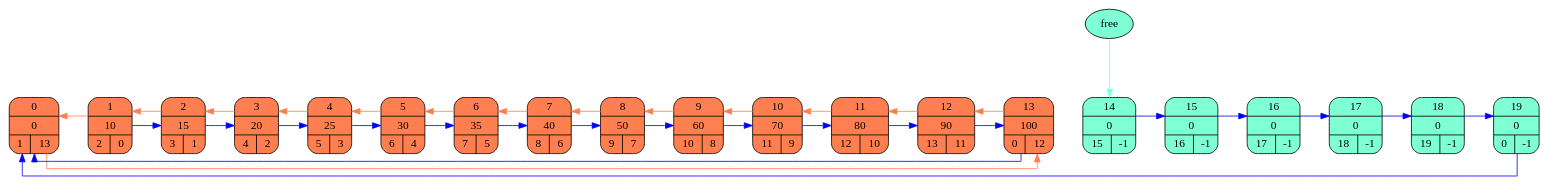
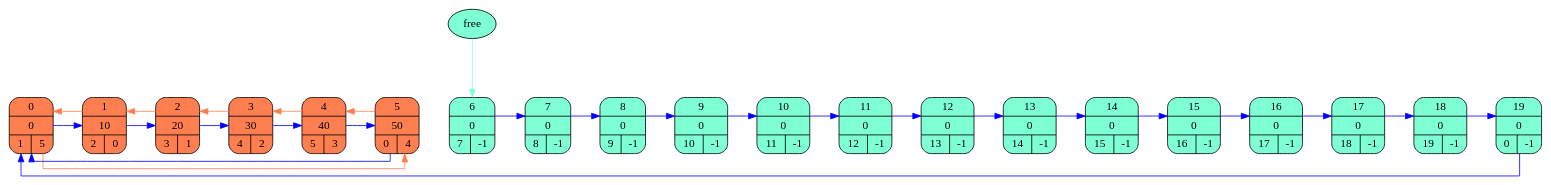
One commit to lizz-kuzz/list changed the diagram in res/graph.dot. Above: the diagram before and after it, drawn with Graphviz. The commit also changed 26 other files, not shown here.

```diff
--- a/res/graph.dot
+++ b/res/graph.dot
@@ -1,86 +1,79 @@
 digraph {
 	
 nodesep = 1
 	splines = ortho
 	node [shape=Mrecord]
 	rankdir=LR
 
-	struct0 [style=filled, fillcolor="#FF7F50", label="0|0|{1|13}"]
+	struct0 [style=filled, fillcolor="#FF7F50", label="0|0|{1|5}"]
 	struct1 [style=filled, fillcolor="#FF7F50", label="1|10|{2|0}"]
-	struct2 [style=filled, fillcolor="#FF7F50", label="2|15|{3|1}"]
-	struct3 [style=filled, fillcolor="#FF7F50", label="3|20|{4|2}"]
-	struct4 [style=filled, fillcolor="#FF7F50", label="4|25|{5|3}"]
-	struct5 [style=filled, fillcolor="#FF7F50", label="5|30|{6|4}"]
-	struct6 [style=filled, fillcolor="#FF7F50", label="6|35|{7|5}"]
-	struct7 [style=filled, fillcolor="#FF7F50", label="7|40|{8|6}"]
-	struct8 [style=filled, fillcolor="#FF7F50", label="8|50|{9|7}"]
-	struct9 [style=filled, fillcolor="#FF7F50", label="9|60|{10|8}"]
-	struct10 [style=filled, fillcolor="#FF7F50", label="10|70|{11|9}"]
-	struct11 [style=filled, fillcolor="#FF7F50", label="11|80|{12|10}"]
-	struct12 [style=filled, fillcolor="#FF7F50", label="12|90|{13|11}"]
-	struct13 [style=filled, fillcolor="#FF7F50", label="13|100|{0|12}"]
+	struct2 [style=filled, fillcolor="#FF7F50", label="2|20|{3|1}"]
+	struct3 [style=filled, fillcolor="#FF7F50", label="3|30|{4|2}"]
+	struct4 [style=filled, fillcolor="#FF7F50", label="4|40|{5|3}"]
+	struct5 [style=filled, fillcolor="#FF7F50", label="5|50|{0|4}"]
+	struct6 [style=filled, fillcolor="#7FFFD4", label="6|0|{7|-1}"]
+	struct7 [style=filled, fillcolor="#7FFFD4", label="7|0|{8|-1}"]
+	struct8 [style=filled, fillcolor="#7FFFD4", label="8|0|{9|-1}"]
+	struct9 [style=filled, fillcolor="#7FFFD4", label="9|0|{10|-1}"]
+	struct10 [style=filled, fillcolor="#7FFFD4", label="10|0|{11|-1}"]
+	struct11 [style=filled, fillcolor="#7FFFD4", label="11|0|{12|-1}"]
+	struct12 [style=filled, fillcolor="#7FFFD4", label="12|0|{13|-1}"]
+	struct13 [style=filled, fillcolor="#7FFFD4", label="13|0|{14|-1}"]
 	struct14 [style=filled, fillcolor="#7FFFD4", label="14|0|{15|-1}"]
 	struct15 [style=filled, fillcolor="#7FFFD4", label="15|0|{16|-1}"]
 	struct16 [style=filled, fillcolor="#7FFFD4", label="16|0|{17|-1}"]
 	struct17 [style=filled, fillcolor="#7FFFD4", label="17|0|{18|-1}"]
 	struct18 [style=filled, fillcolor="#7FFFD4", label="18|0|{19|-1}"]
 	struct19 [style=filled, fillcolor="#7FFFD4", label="19|0|{0|-1}"]
 
 	struct0 -> struct1 [weight=1000, style="invis"] 
 	struct1 -> struct2 [weight=1000, style="invis"] 
 	struct2 -> struct3 [weight=1000, style="invis"] 
 	struct3 -> struct4 [weight=1000, style="invis"] 
 	struct4 -> struct5 [weight=1000, style="invis"] 
 	struct5 -> struct6 [weight=1000, style="invis"] 
 	struct6 -> struct7 [weight=1000, style="invis"] 
 	struct7 -> struct8 [weight=1000, style="invis"] 
 	struct8 -> struct9 [weight=1000, style="invis"] 
 	struct9 -> struct10 [weight=1000, style="invis"] 
 	struct10 -> struct11 [weight=1000, style="invis"] 
 	struct11 -> struct12 [weight=1000, style="invis"] 
 	struct12 -> struct13 [weight=1000, style="invis"] 
 	struct13 -> struct14 [weight=1000, style="invis"] 
 	struct14 -> struct15 [weight=1000, style="invis"] 
 	struct15 -> struct16 [weight=1000, style="invis"] 
 	struct16 -> struct17 [weight=1000, style="invis"] 
 	struct17 -> struct18 [weight=1000, style="invis"] 
 	struct18 -> struct19 [weight=1000, style="invis"] 
 
-	struct0 -> struct13 [color="#FF7F50", constraint=fasle] 
+	struct0 -> struct5 [color="#FF7F50", constraint=fasle] 
 	struct1 -> struct0 [color="#FF7F50", constraint=fasle] 
 	struct2 -> struct1 [color="#FF7F50", constraint=fasle] 
 	struct3 -> struct2 [color="#FF7F50", constraint=fasle] 
 	struct4 -> struct3 [color="#FF7F50", constraint=fasle] 
 	struct5 -> struct4 [color="#FF7F50", constraint=fasle] 
-	struct6 -> struct5 [color="#FF7F50", constraint=fasle] 
-	struct7 -> struct6 [color="#FF7F50", constraint=fasle] 
-	struct8 -> struct7 [color="#FF7F50", constraint=fasle] 
-	struct9 -> struct8 [color="#FF7F50", constraint=fasle] 
-	struct10 -> struct9 [color="#FF7F50", constraint=fasle] 
-	struct11 -> struct10 [color="#FF7F50", constraint=fasle] 
-	struct12 -> struct11 [color="#FF7F50", constraint=fasle] 
-	struct13 -> struct12 [color="#FF7F50", constraint=fasle] 
 
+	struct0 -> struct1 [color="blue", constraint=fasle]
 	struct1 -> struct2 [color="blue", constraint=fasle]
 	struct2 -> struct3 [color="blue", constraint=fasle]
 	struct3 -> struct4 [color="blue", constraint=fasle]
 	struct4 -> struct5 [color="blue", constraint=fasle]
-	struct5 -> struct6 [color="blue", constraint=fasle]
+	struct5 -> struct0 [color="blue", constraint=fasle]
 	struct6 -> struct7 [color="blue", constraint=fasle]
 	struct7 -> struct8 [color="blue", constraint=fasle]
 	struct8 -> struct9 [color="blue", constraint=fasle]
 	struct9 -> struct10 [color="blue", constraint=fasle]
 	struct10 -> struct11 [color="blue", constraint=fasle]
 	struct11 -> struct12 [color="blue", constraint=fasle]
 	struct12 -> struct13 [color="blue", constraint=fasle]
-	struct13 -> struct0 [color="blue", constraint=fasle]
+	struct13 -> struct14 [color="blue", constraint=fasle]
 	struct14 -> struct15 [color="blue", constraint=fasle]
 	struct15 -> struct16 [color="blue", constraint=fasle]
 	struct16 -> struct17 [color="blue", constraint=fasle]
 	struct17 -> struct18 [color="blue", constraint=fasle]
 	struct18 -> struct19 [color="blue", constraint=fasle]
 	struct19 -> struct0 [color="blue", constraint=fasle]
 
 	free [shape=oval, style=filled, fillcolor="#7FFFD4"]
-	free -> struct14 [color="#7FFFD4"] {rank = same; free; struct14;};
+	free -> struct6 [color="#7FFFD4"] {rank = same; free; struct6;};
 }
```
